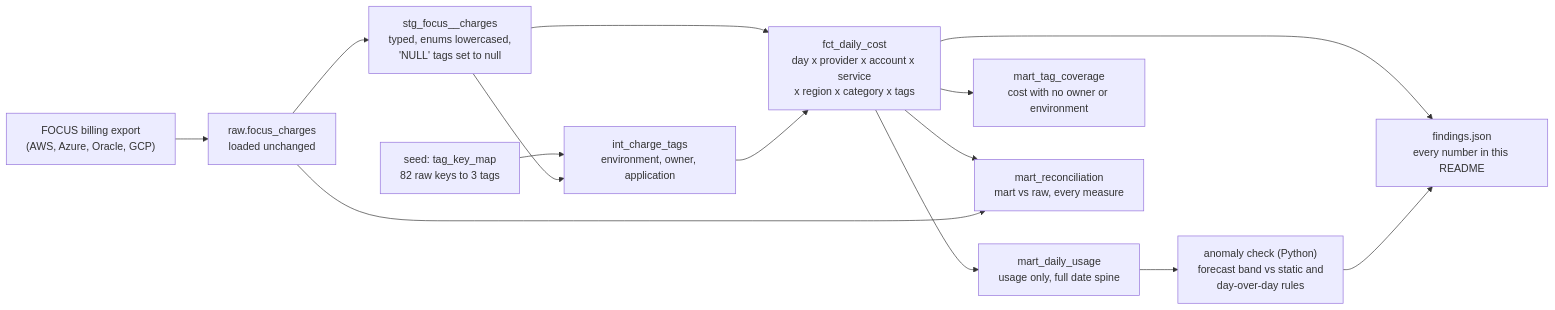
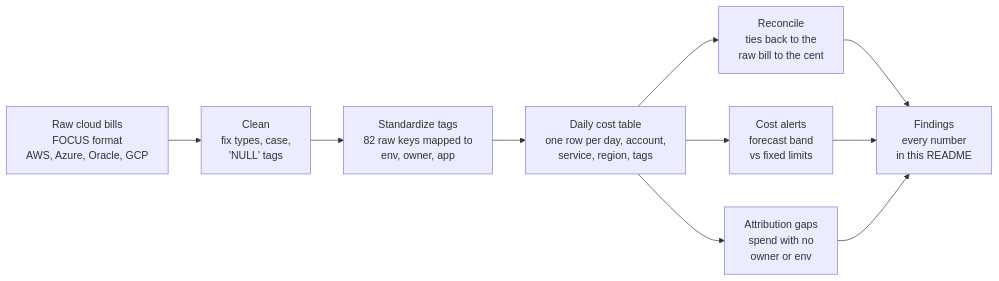
The diagram in README.md (V391/multicloud-finops-mart), drawn with Mermaid before and after one commit. The commit also changed other lines of this file and 2 other files, not shown here.

Commit message:
Make the README glanceable: summary table, simple architecture diagram, alerts chart

````diff
--- a/README.md
+++ b/README.md
@@ -19,16 +23,10 @@
 ```mermaid
 flowchart LR
-    A["FOCUS billing export<br/>(AWS, Azure, Oracle, GCP)"] --> B["raw.focus_charges<br/>loaded unchanged"]
-    B --> C["stg_focus__charges<br/>typed, enums lowercased,<br/>'NULL' tags set to null"]
-    S["seed: tag_key_map<br/>82 raw keys to 3 tags"] --> D
-    C --> D["int_charge_tags<br/>environment, owner, application"]
-    C --> E["fct_daily_cost<br/>day x provider x account x service<br/>x region x category x tags"]
-    D --> E
-    E --> F["mart_daily_usage<br/>usage only, full date spine"]
-    E --> G["mart_tag_coverage<br/>cost with no owner or environment"]
-    E --> H["mart_reconciliation<br/>mart vs raw, every measure"]
-    B --> H
-    F --> I["anomaly check (Python)<br/>forecast band vs static and<br/>day-over-day rules"]
-    E --> J["findings.json<br/>every number in this README"]
-    I --> J
+    A["Raw cloud bills<br/>FOCUS format<br/>AWS, Azure, Oracle, GCP"] --> B["Clean<br/>fix types, case,<br/>'NULL' tags"]
+    B --> C["Standardize tags<br/>82 raw keys mapped to<br/>env, owner, app"]
+    C --> D["Daily cost table<br/>one row per day, account,<br/>service, region, tags"]
+    D --> E["Reconcile<br/>ties back to the<br/>raw bill to the cent"]
+    D --> F["Cost alerts<br/>forecast band<br/>vs fixed limits"]
+    D --> G["Attribution gaps<br/>spend with no<br/>owner or env"]
+    E & F & G --> H["Findings<br/>every number<br/>in this README"]
 ```
````
